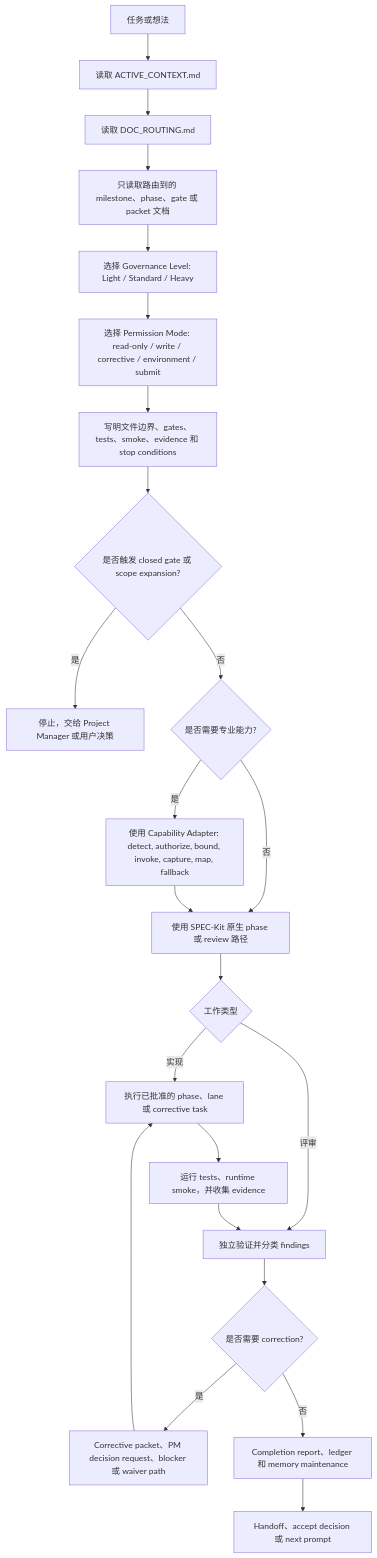
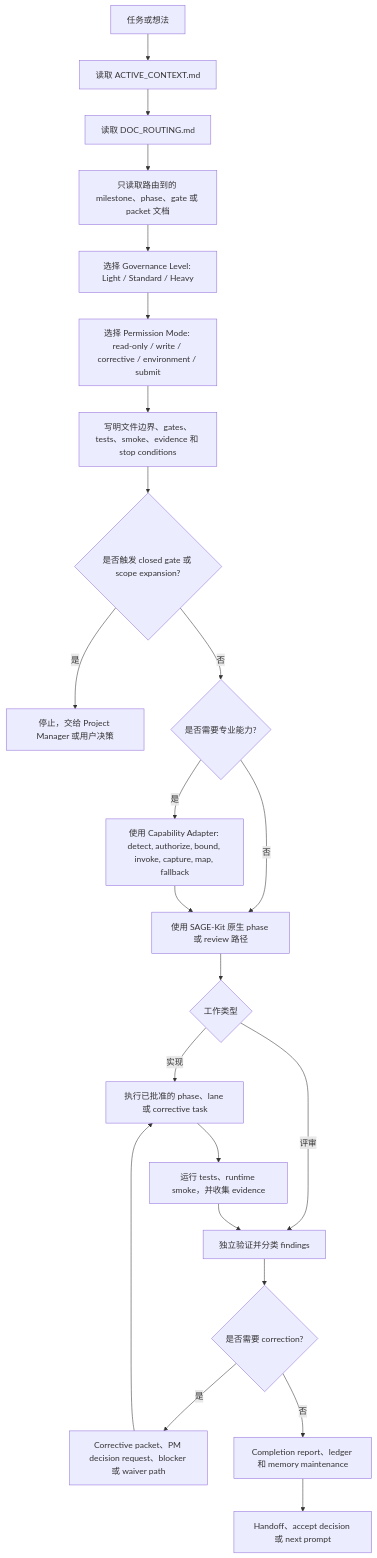
The diagram in README.zh-CN.md (JoeKeepGo/SAGE-Kit), drawn with Mermaid before and after one commit. The commit also changed other lines of this file and 36 other files, not shown here.

Commit message:
Rename SPEC-Kit to SAGE-Kit

````diff
--- a/README.zh-CN.md
+++ b/README.zh-CN.md
@@ -363,25 +365,25 @@
 ```mermaid
 flowchart TD
   A["任务或想法"] --> B["读取 ACTIVE_CONTEXT.md"]
   B --> C["读取 DOC_ROUTING.md"]
   C --> D["只读取路由到的 milestone、phase、gate 或 packet 文档"]
   D --> E["选择 Governance Level: Light / Standard / Heavy"]
   E --> F["选择 Permission Mode: read-only / write / corrective / environment / submit"]
   F --> G["写明文件边界、gates、tests、smoke、evidence 和 stop conditions"]
   G --> H{"是否触发 closed gate 或 scope expansion?"}
   H -- "是" --> I["停止，交给 Project Manager 或用户决策"]
   H -- "否" --> J{"是否需要专业能力?"}
   J -- "是" --> K["使用 Capability Adapter: detect, authorize, bound, invoke, capture, map, fallback"]
-  J -- "否" --> L["使用 SPEC-Kit 原生 phase 或 review 路径"]
+  J -- "否" --> L["使用 SAGE-Kit 原生 phase 或 review 路径"]
   K --> L
   L --> M{"工作类型"}
   M -- "实现" --> N["执行已批准的 phase、lane 或 corrective task"]
   M -- "评审" --> O["独立验证并分类 findings"]
   N --> P["运行 tests、runtime smoke，并收集 evidence"]
   P --> O
   O --> Q{"是否需要 correction?"}
   Q -- "是" --> R["Corrective packet、PM decision request、blocker 或 waiver path"]
   R --> N
   Q -- "否" --> S["Completion report、ledger 和 memory maintenance"]
   S --> T["Handoff、accept decision 或 next prompt"]
 ```
````
